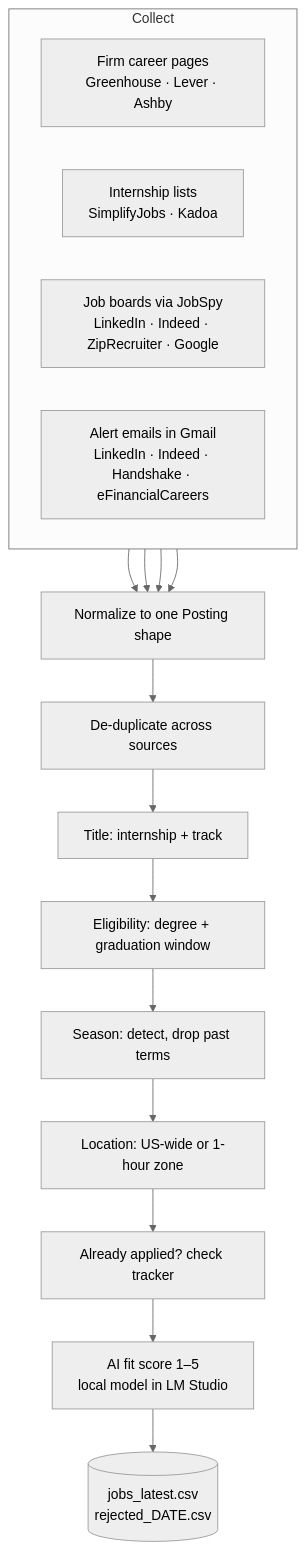
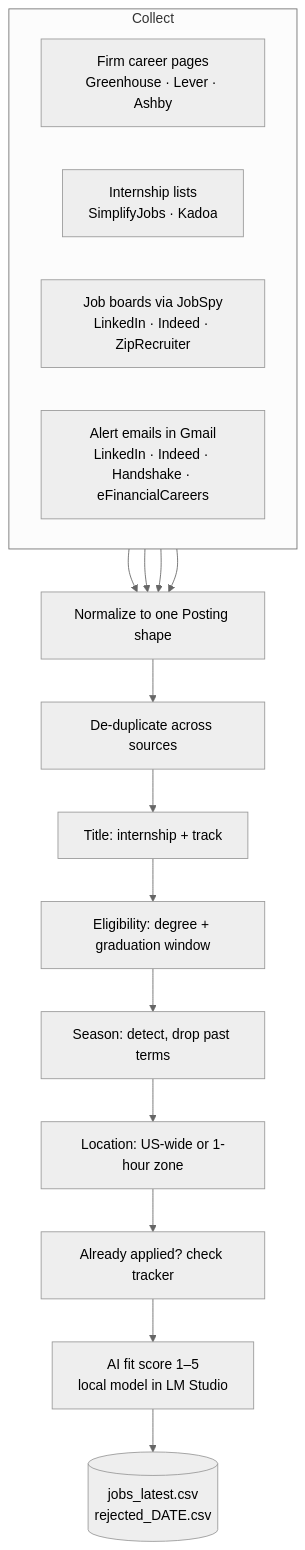
The diagram in README.md (sling54/finance-internship-engine), drawn with Mermaid (neutral theme) before and after one commit. The commit also changed other lines of this file and 5 other files, not shown here.

````diff
--- a/README.md
+++ b/README.md
@@ -17,19 +17,19 @@
 ```mermaid
 flowchart TD
     subgraph Collect
         direction LR
         A[Firm career pages<br/>Greenhouse · Lever · Ashby]
         B[Internship lists<br/>SimplifyJobs · Kadoa]
-        C[Job boards via JobSpy<br/>LinkedIn · Indeed · ZipRecruiter · Google]
+        C[Job boards via JobSpy<br/>LinkedIn · Indeed · ZipRecruiter]
         D[Alert emails in Gmail<br/>LinkedIn · Indeed · Handshake · eFinancialCareers]
     end
     A & B & C & D --> N[Normalize to one Posting shape]
     N --> M[De-duplicate across sources]
     M --> T[Title: internship + track]
     T --> E[Eligibility: degree + graduation window]
     E --> S[Season: detect, drop past terms]
     S --> L[Location: US-wide or 1-hour zone]
     L --> P[Already applied? check tracker]
     P --> F[AI fit score 1–5<br/>local model in LM Studio]
     F --> O[(jobs_latest.csv<br/>rejected_DATE.csv)]
 ```
````
